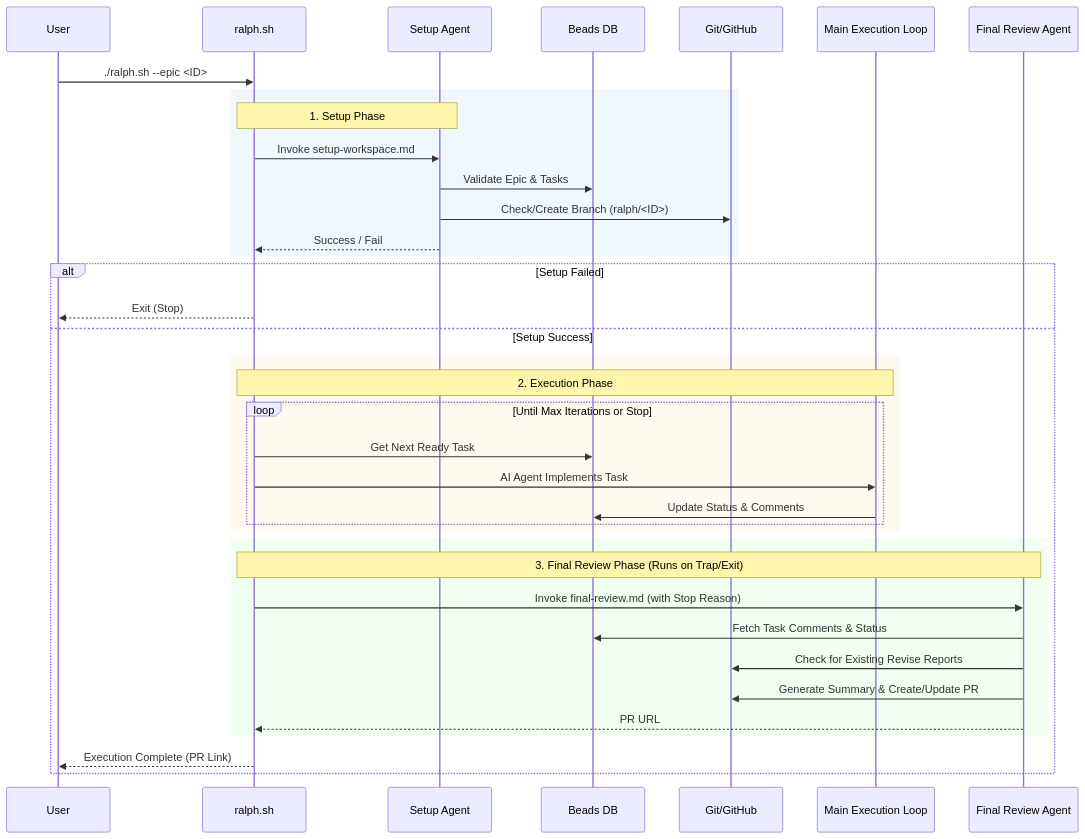
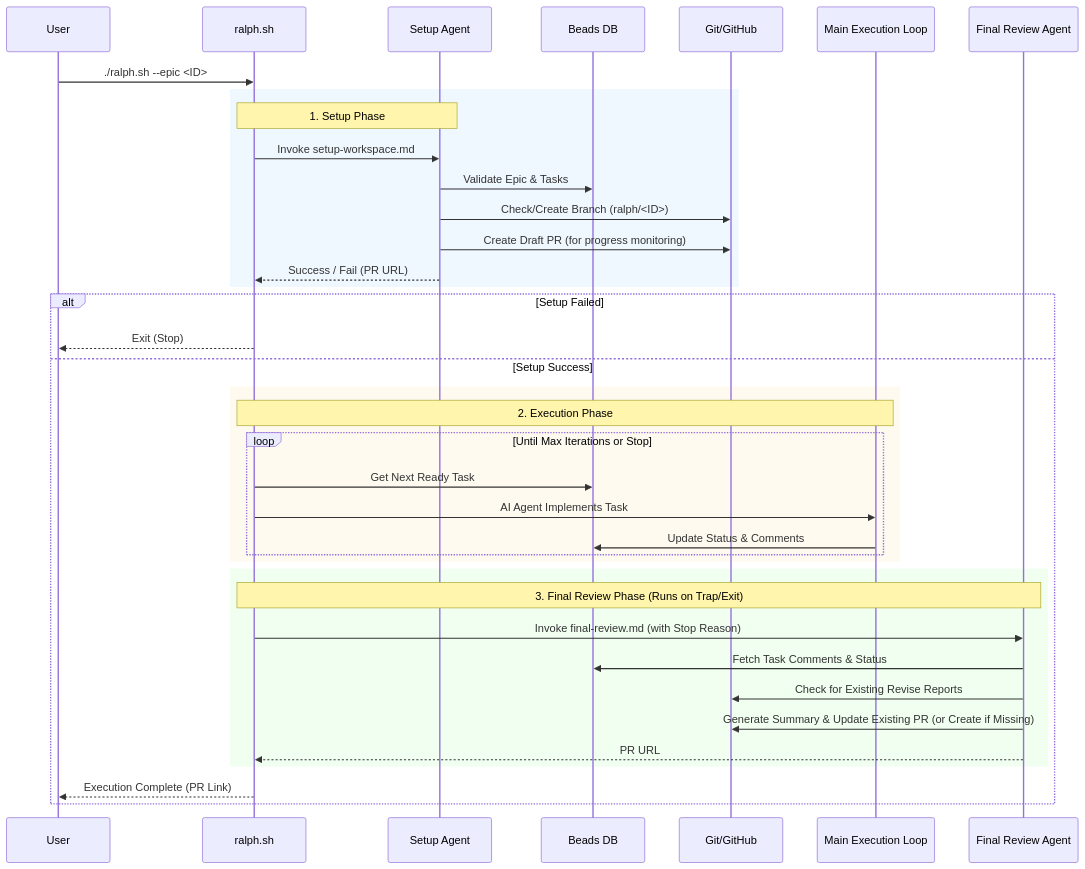
Before and after one commit to lambda-curry/devagent: the diagram in .devagent/plugins/ralph/autonomous-execution-flow.md, drawn with Mermaid. The commit also changed other lines of this file and 1 other file, not shown here.

First line of the commit message:
docs(ralph): enhance setup workflow with draft PR creation for progress monitoring

````diff
--- a/.devagent/plugins/ralph/autonomous-execution-flow.md
+++ b/.devagent/plugins/ralph/autonomous-execution-flow.md
@@ -5,44 +5,45 @@
 ```mermaid
 sequenceDiagram
     participant User
     participant RalphScript as ralph.sh
     participant SetupAgent as Setup Agent
     participant BeadsDB as Beads DB
     participant Git as Git/GitHub
     participant Execution as Main Execution Loop
     participant FinalAgent as Final Review Agent
 
     User->>RalphScript: ./ralph.sh --epic <ID>
 
     rect rgb(240, 248, 255)
         Note over RalphScript, SetupAgent: 1. Setup Phase
         RalphScript->>SetupAgent: Invoke setup-workspace.md
         SetupAgent->>BeadsDB: Validate Epic & Tasks
         SetupAgent->>Git: Check/Create Branch (ralph/<ID>)
-        SetupAgent-->>RalphScript: Success / Fail
+        SetupAgent->>Git: Create Draft PR (for progress monitoring)
+        SetupAgent-->>RalphScript: Success / Fail (PR URL)
     end
 
     alt Setup Failed
         RalphScript-->>User: Exit (Stop)
     else Setup Success
         rect rgb(255, 250, 240)
             Note over RalphScript, Execution: 2. Execution Phase
             loop Until Max Iterations or Stop
                 RalphScript->>BeadsDB: Get Next Ready Task
                 RalphScript->>Execution: AI Agent Implements Task
                 Execution->>BeadsDB: Update Status & Comments
             end
         end
 
         rect rgb(240, 255, 240)
             Note over RalphScript, FinalAgent: 3. Final Review Phase (Runs on Trap/Exit)
             RalphScript->>FinalAgent: Invoke final-review.md (with Stop Reason)
             FinalAgent->>BeadsDB: Fetch Task Comments & Status
             FinalAgent->>Git: Check for Existing Revise Reports
-            FinalAgent->>Git: Generate Summary & Create/Update PR
+            FinalAgent->>Git: Generate Summary & Update Existing PR (or Create if Missing)
             FinalAgent-->>RalphScript: PR URL
         end
 
         RalphScript-->>User: Execution Complete (PR Link)
     end
 ```
````
